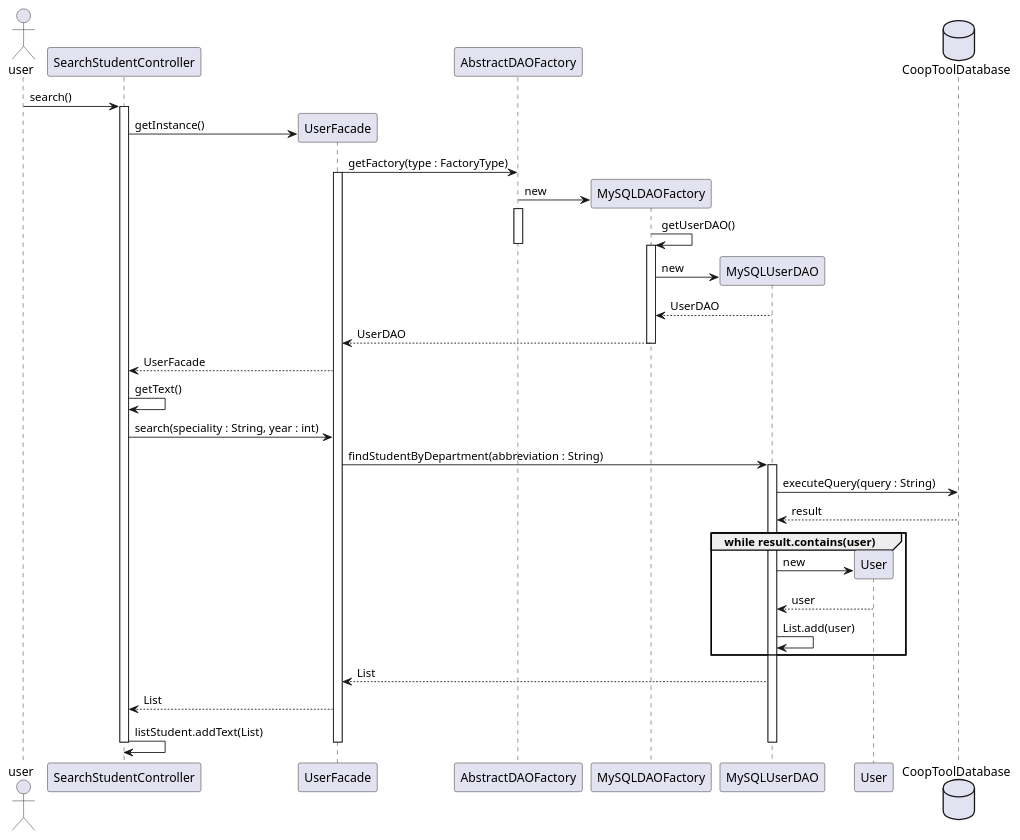
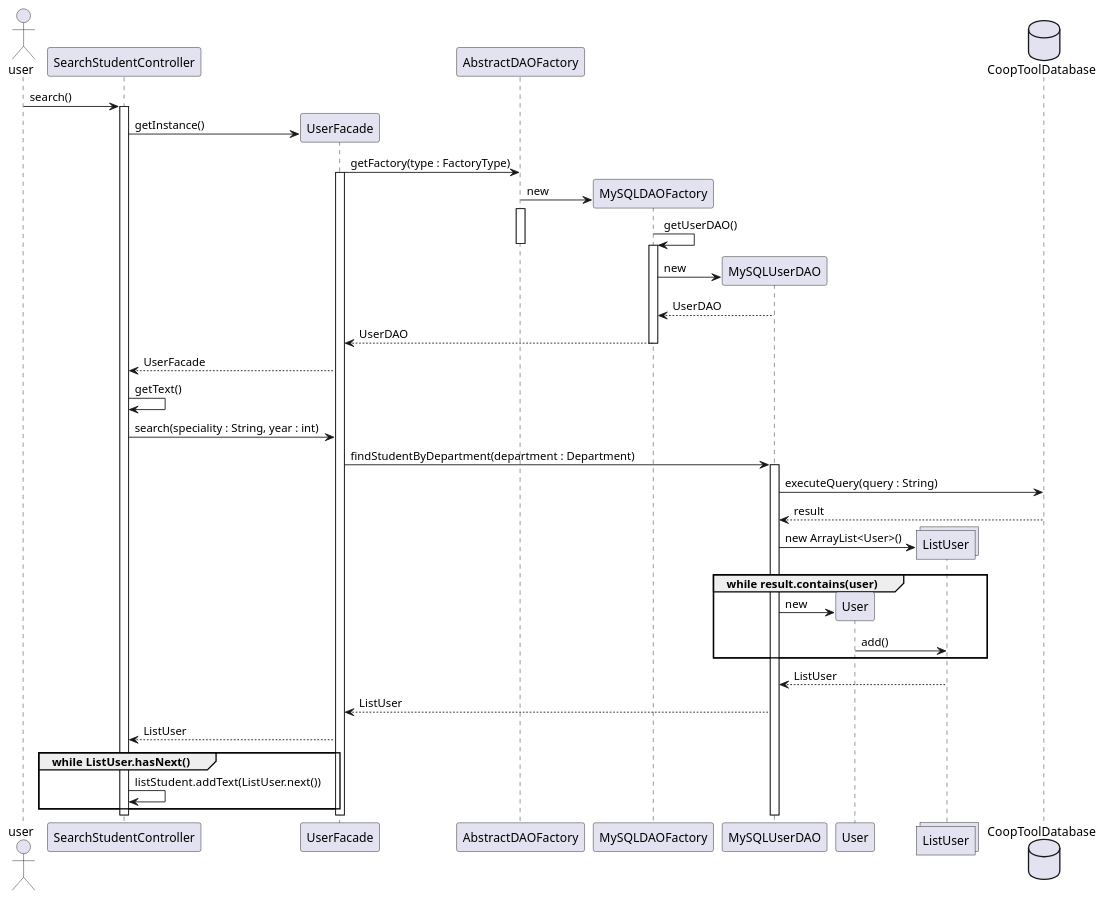
The diagram in ext/sequenceDiag/departmentManagementDiagram.puml (Guillaume-Dufour/coopToolProject), drawn with PlantUML before and after one commit.

Commit message:
SearchStudentByDepartment en cours

```diff
--- a/ext/sequenceDiag/departmentManagementDiagram.puml
+++ b/ext/sequenceDiag/departmentManagementDiagram.puml
@@ -1,51 +1,54 @@
 @startuml
 actor user
 participant SearchStudentController
 participant UserFacade
 participant AbstractDAOFactory
 participant MySQLDAOFactory
 participant MySQLUserDAO
 participant User
+collections ListUser
 database CoopToolDatabase
 
 user -> SearchStudentController : search()
 activate SearchStudentController
 create UserFacade
 SearchStudentController -> UserFacade  : getInstance()
 UserFacade -> AbstractDAOFactory : getFactory(type : FactoryType)
 activate UserFacade
 create MySQLDAOFactory
 AbstractDAOFactory -> MySQLDAOFactory : new
 activate AbstractDAOFactory
 MySQLDAOFactory -> MySQLDAOFactory : getUserDAO()
 deactivate AbstractDAOFactory
 create MySQLUserDAO
 activate MySQLDAOFactory
 MySQLDAOFactory -> MySQLUserDAO : new
 MySQLUserDAO --> MySQLDAOFactory : UserDAO
 MySQLDAOFactory --> UserFacade : UserDAO
 deactivate MySQLDAOFactory
 UserFacade --> SearchStudentController : UserFacade
 SearchStudentController -> SearchStudentController : getText()
 
 SearchStudentController -> UserFacade : search(speciality : String, year : int)
-UserFacade -> MySQLUserDAO : findStudentByDepartment(abbreviation : String)
+UserFacade -> MySQLUserDAO : findStudentByDepartment(department : Department)
 activate MySQLUserDAO
 MySQLUserDAO -> CoopToolDatabase : executeQuery(query : String)
 CoopToolDatabase --> MySQLUserDAO : result
-
+create ListUser
+MySQLUserDAO -> ListUser : new ArrayList<User>()
 create User
 group while result.contains(user)
     MySQLUserDAO -> User : new
-    User --> MySQLUserDAO : user
-    MySQLUserDAO -> MySQLUserDAO : List.add(user)
+    User -> ListUser : add()
 end
-    MySQLUserDAO --> UserFacade : List
-    UserFacade --> SearchStudentController : List
-    SearchStudentController -> SearchStudentController : listStudent.addText(List)
-
+ListUser --> MySQLUserDAO : ListUser
+MySQLUserDAO --> UserFacade : ListUser
+UserFacade --> SearchStudentController : ListUser
+group while ListUser.hasNext()
+    SearchStudentController -> SearchStudentController : listStudent.addText(ListUser.next())
+end
 deactivate SearchStudentController
 deactivate UserFacade
 deactivate MySQLUserDAO
 
 @enduml
```
